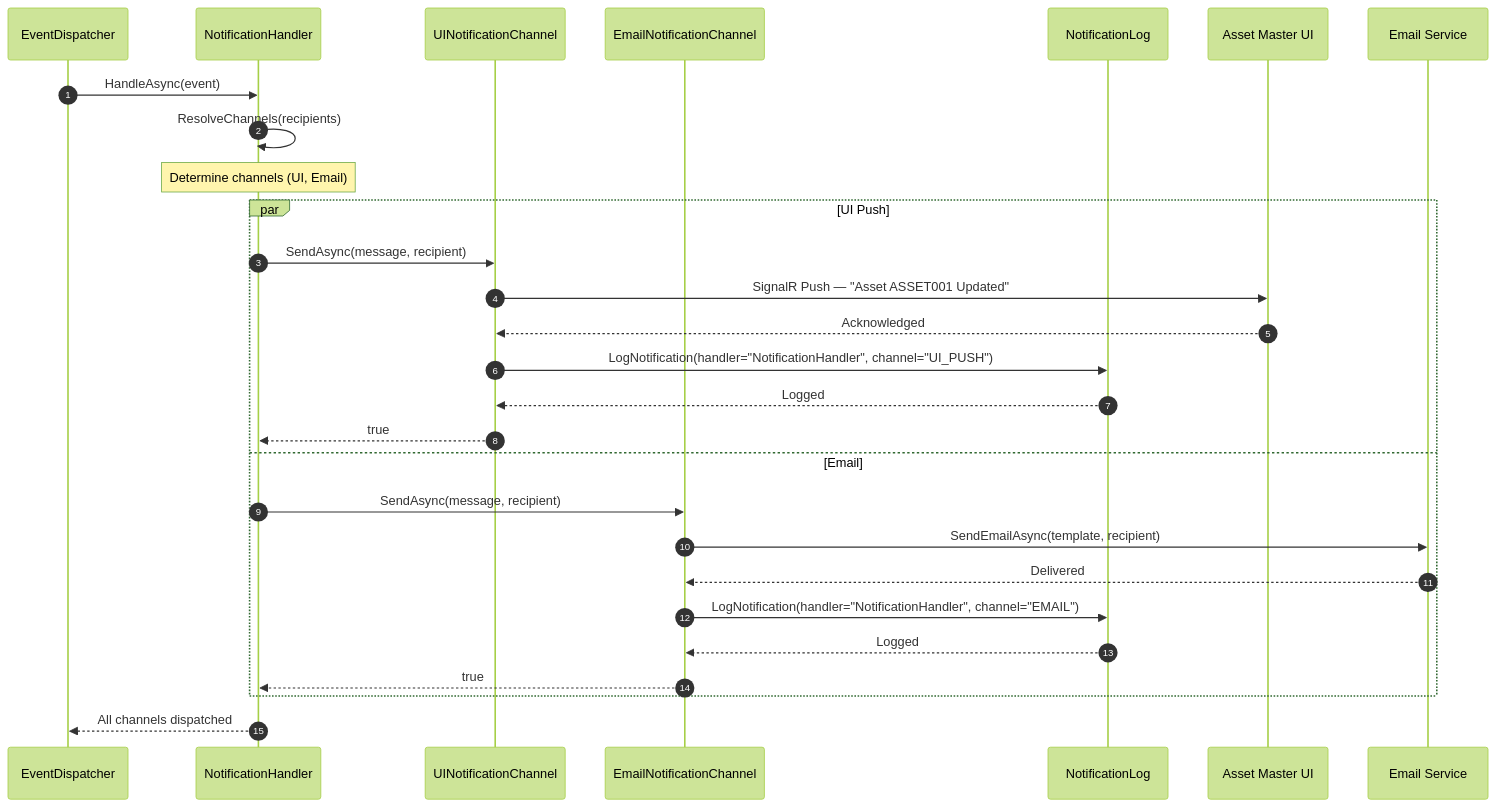
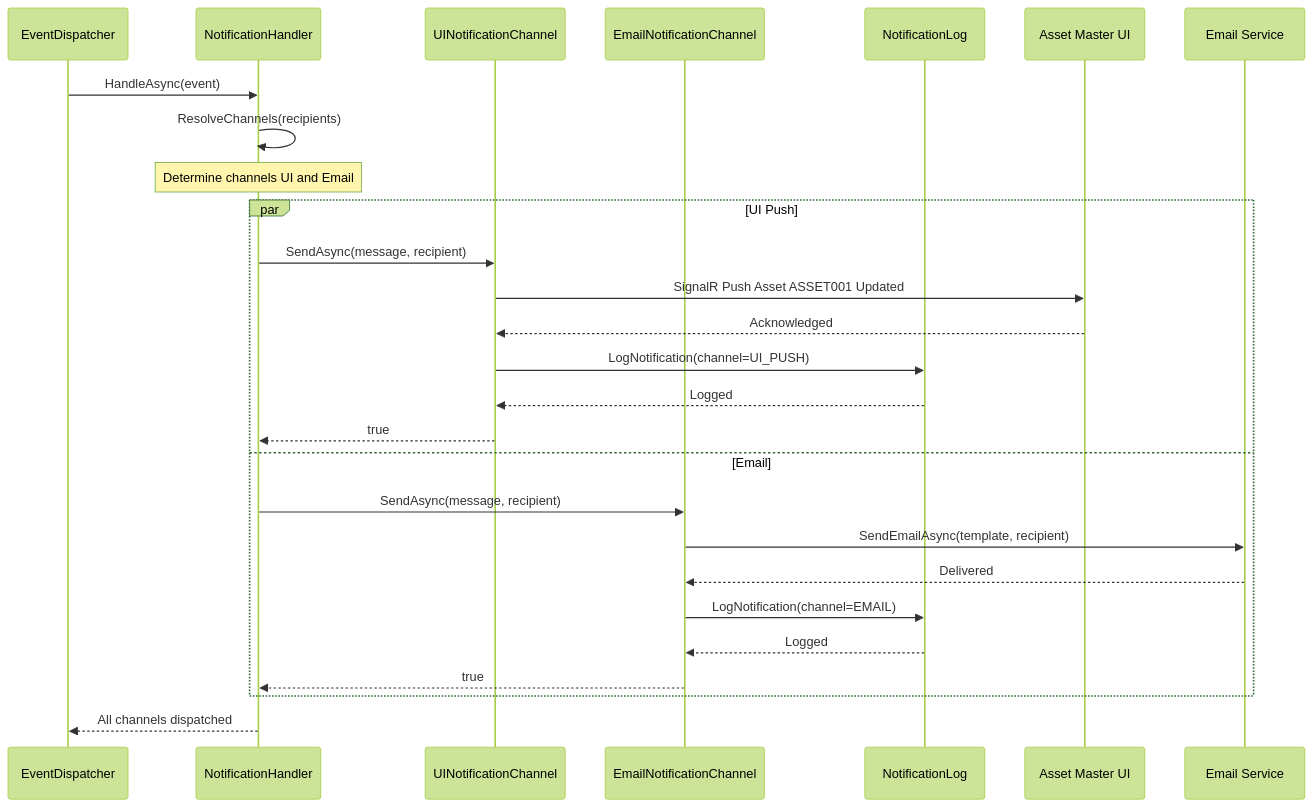
The fourth of 7 diagrams in asset-management/diagrams/02_Sequence_Diagrams.md (arup-ghosh-maersk/cia-lld), drawn with Mermaid (forest theme) before and after one commit. The commit also changed other lines of this file, not shown here.

````diff
--- a/asset-management/diagrams/02_Sequence_Diagrams.md
+++ b/asset-management/diagrams/02_Sequence_Diagrams.md
@@ -139,33 +136,32 @@
 ```mermaid
 sequenceDiagram
-    autonumber
     participant ED as EventDispatcher
     participant NH as NotificationHandler
     participant SIGNALR as UINotificationChannel
     participant EMAIL as EmailNotificationChannel
     participant NL as NotificationLog
     participant UI as Asset Master UI
     participant EMAILSVC as Email Service
 
     ED->>NH: HandleAsync(event)
     NH->>NH: ResolveChannels(recipients)
-    Note over NH: Determine channels (UI, Email)
+    Note over NH: Determine channels UI and Email
 
     par UI Push
         NH->>SIGNALR: SendAsync(message, recipient)
-        SIGNALR->>UI: SignalR Push — "Asset ASSET001 Updated"
+        SIGNALR->>UI: SignalR Push Asset ASSET001 Updated
         UI-->>SIGNALR: Acknowledged
-        SIGNALR->>NL: LogNotification(handler="NotificationHandler", channel="UI_PUSH")
+        SIGNALR->>NL: LogNotification(channel=UI_PUSH)
         NL-->>SIGNALR: Logged
         SIGNALR-->>NH: true
     and Email
         NH->>EMAIL: SendAsync(message, recipient)
         EMAIL->>EMAILSVC: SendEmailAsync(template, recipient)
         EMAILSVC-->>EMAIL: Delivered
-        EMAIL->>NL: LogNotification(handler="NotificationHandler", channel="EMAIL")
+        EMAIL->>NL: LogNotification(channel=EMAIL)
         NL-->>EMAIL: Logged
         EMAIL-->>NH: true
     end
 
     NH-->>ED: All channels dispatched
 ```
````
